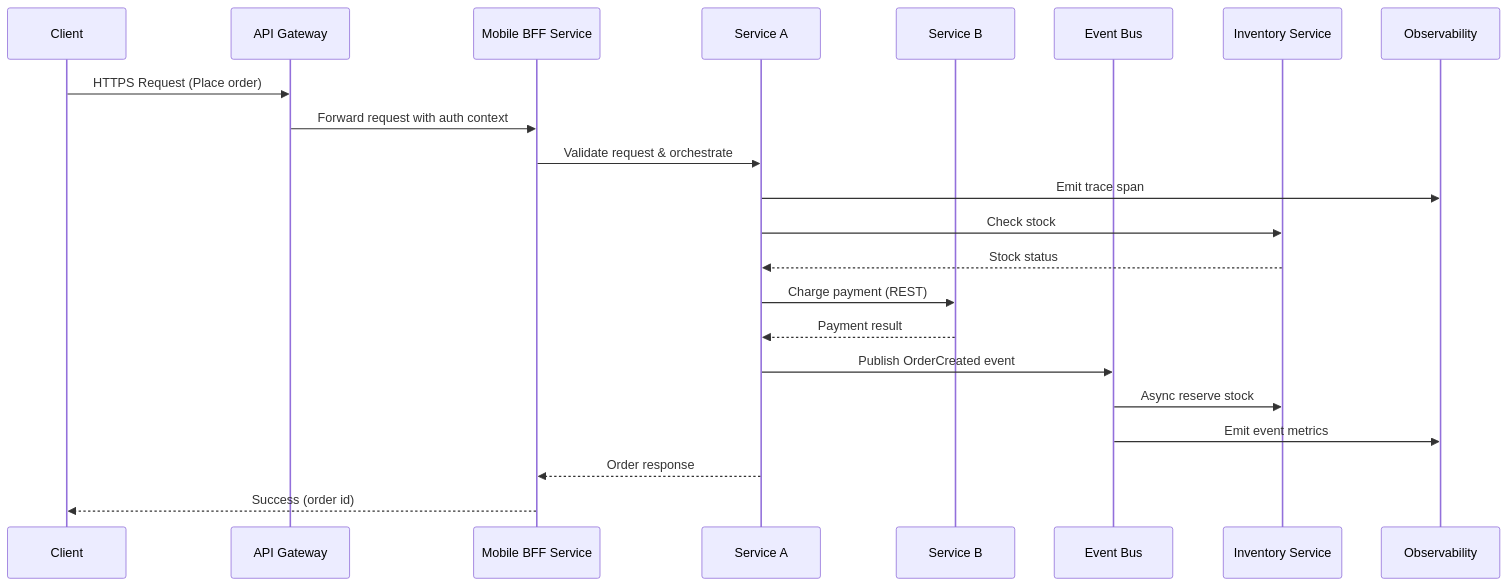
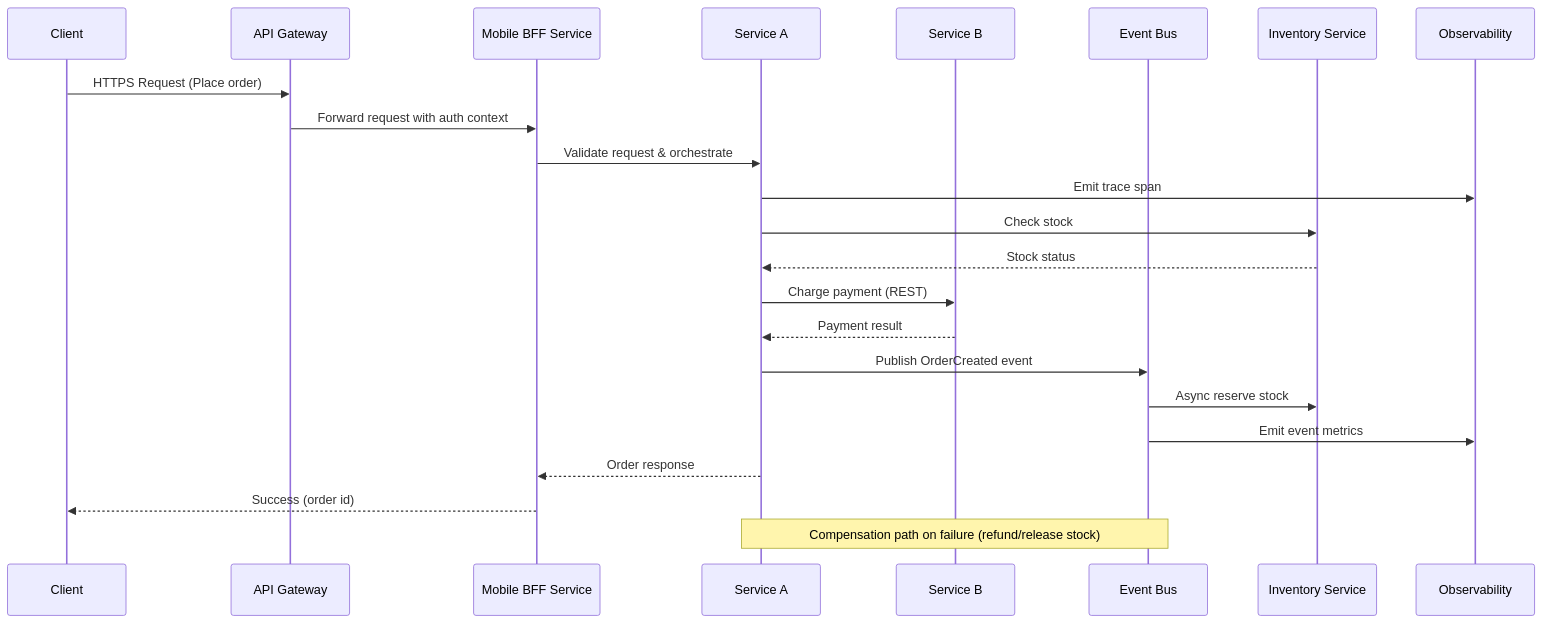
The diagram in 07. System Design/diagrams/microservices_request_sequence.md (1st/interview), drawn with Mermaid before and after one commit. The commit also changed 9 other files, not shown here.

Commit message:
Updated diagrams

````diff
--- a/07. System Design/diagrams/microservices_request_sequence.md
+++ b/07. System Design/diagrams/microservices_request_sequence.md
@@ -3,25 +3,26 @@
 ```mermaid
 sequenceDiagram
     participant Client
     participant Gateway as API Gateway
     participant BFF as Mobile BFF Service
     participant ServiceA as Service A
     participant ServiceB as Service B
     participant EventBus as Event Bus
     participant Inventory as Inventory Service
     participant Metrics as Observability
 
     Client->>Gateway: HTTPS Request (Place order)
     Gateway->>BFF: Forward request with auth context
     BFF->>ServiceA: Validate request & orchestrate
     ServiceA->>Metrics: Emit trace span
     ServiceA->>Inventory: Check stock
     Inventory-->>ServiceA: Stock status
     ServiceA->>ServiceB: Charge payment (REST)
     ServiceB-->>ServiceA: Payment result
     ServiceA->>EventBus: Publish OrderCreated event
     EventBus->>Inventory: Async reserve stock
     EventBus->>Metrics: Emit event metrics
     ServiceA-->>BFF: Order response
     BFF-->>Client: Success (order id)
+    Note over ServiceA,EventBus: Compensation path on failure (refund/release stock)
 ```
````
